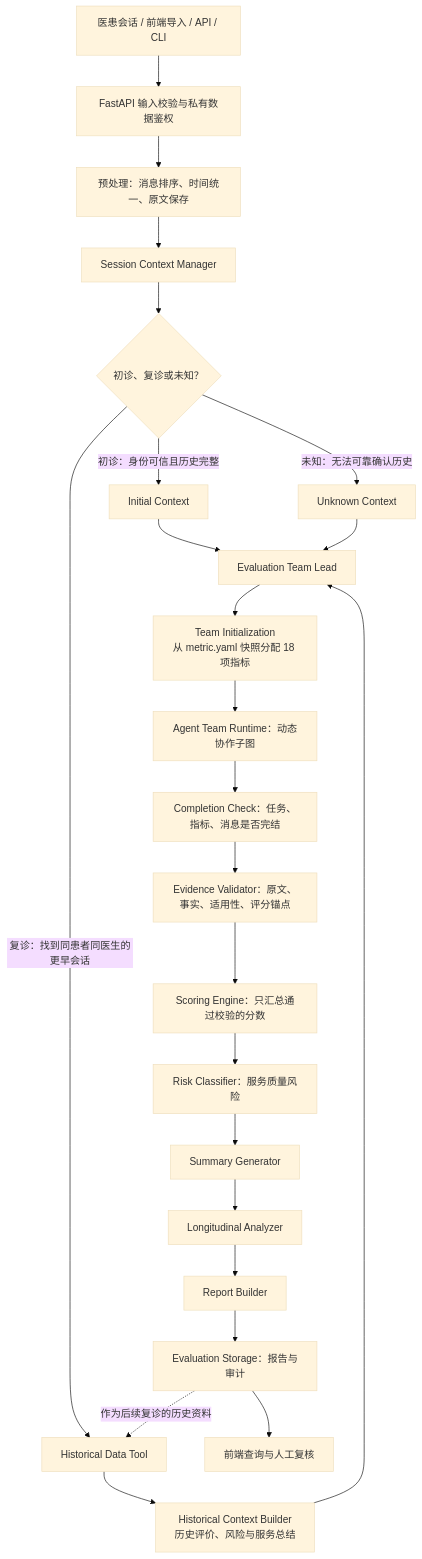
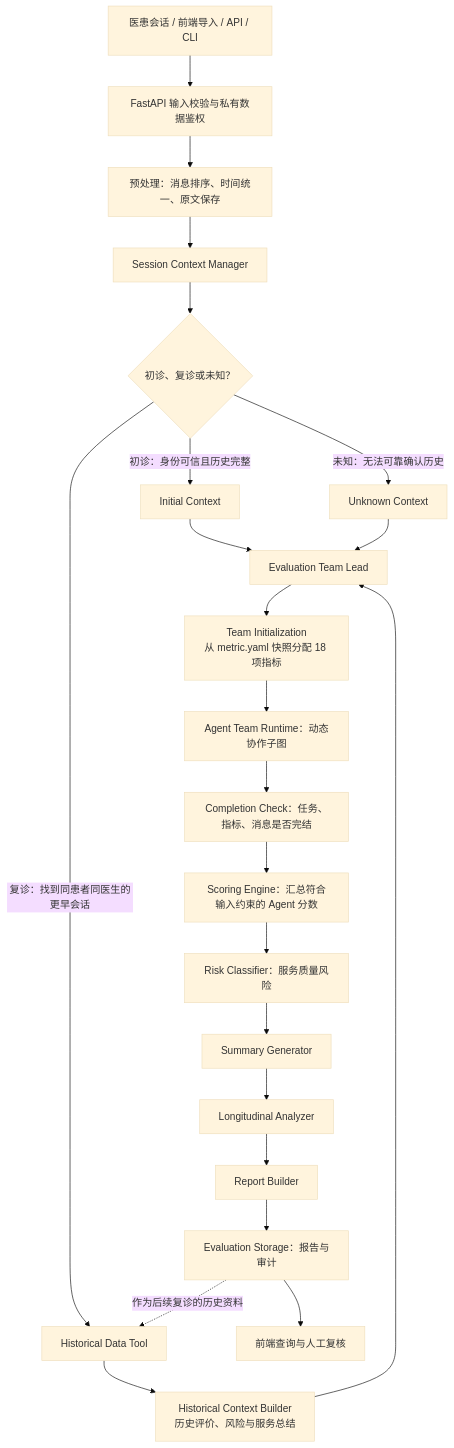
One commit to poxuxuxux/Online-psychological-counseling-platform-doctor-service-quality-monitoring-agent changed the first of 2 diagrams in docs/PROJECT_ARCHITECTURE.md. Above: the diagram before and after it, drawn with Mermaid (base theme). The commit also changed other lines of this file and 39 other files, not shown here.

````diff
--- a/docs/PROJECT_ARCHITECTURE.md
+++ b/docs/PROJECT_ARCHITECTURE.md
@@ -7,26 +7,25 @@
 ```mermaid
 flowchart TD
     A[医患会话 / 前端导入 / API / CLI] --> B[FastAPI 输入校验与私有数据鉴权]
     B --> C[预处理：消息排序、时间统一、原文保存]
     C --> D[Session Context Manager]
     D --> E{初诊、复诊或未知？}
     E -->|初诊：身份可信且历史完整| F[Initial Context]
     E -->|复诊：找到同患者同医生的更早会话| G[Historical Data Tool]
     E -->|未知：无法可靠确认历史| H[Unknown Context]
     G --> I[Historical Context Builder<br/>历史评价、风险与服务总结]
     F --> J[Evaluation Team Lead]
     H --> J
     I --> J
     J --> K[Team Initialization<br/>从 metric.yaml 快照分配 18 项指标]
     K --> L[Agent Team Runtime：动态协作子图]
     L --> M[Completion Check：任务、指标、消息是否完结]
-    M --> N[Evidence Validator：原文、事实、适用性、评分锚点]
-    N --> O[Scoring Engine：只汇总通过校验的分数]
+    M --> O[Scoring Engine：汇总符合输入约束的 Agent 分数]
     O --> P[Risk Classifier：服务质量风险]
     P --> Q[Summary Generator]
     Q --> R[Longitudinal Analyzer]
     R --> S[Report Builder]
     S --> T[Evaluation Storage：报告与审计]
     T --> U[前端查询与人工复核]
     T -. 作为后续复诊的历史资料 .-> G
 ```
````
